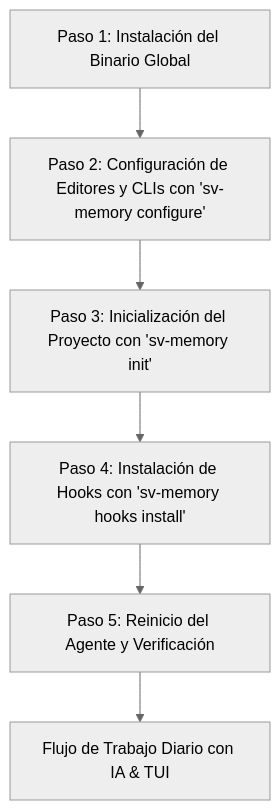
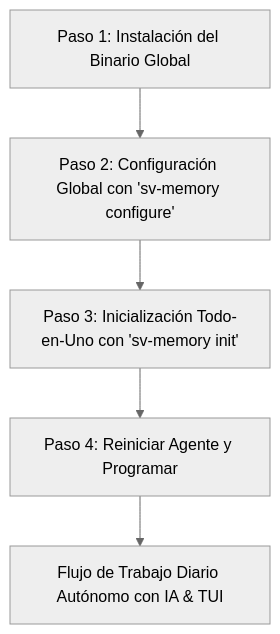
The diagram in documentation/getting_started_guide_ES.md (svtech-code/sv-memory), drawn with Mermaid (neutral theme) before and after one commit. The commit also changed other lines of this file and 8 other files, not shown here.

Commit message:
docs(setup): streamline getting started guide to 3-step flow and update post-update instructions

````diff
--- a/documentation/getting_started_guide_ES.md
+++ b/documentation/getting_started_guide_ES.md
@@ -25,8 +25,7 @@
 ```mermaid
 flowchart TD
-    P1[Paso 1: Instalación del Binario Global] --> P2[Paso 2: Configuración de Editores y CLIs con 'sv-memory configure']
-    P2 --> P3[Paso 3: Inicialización del Proyecto con 'sv-memory init']
-    P3 --> P4[Paso 4: Instalación de Hooks con 'sv-memory hooks install']
-    P4 --> P5[Paso 5: Reinicio del Agente y Verificación]
-    P5 --> D[Flujo de Trabajo Diario con IA & TUI]
+    P1[Paso 1: Instalación del Binario Global] --> P2[Paso 2: Configuración Global con 'sv-memory configure']
+    P2 --> P3[Paso 3: Inicialización Todo-en-Uno con 'sv-memory init']
+    P3 --> P4[Paso 4: Reiniciar Agente y Programar]
+    P4 --> D[Flujo de Trabajo Diario Autónomo con IA & TUI]
 ```
````
